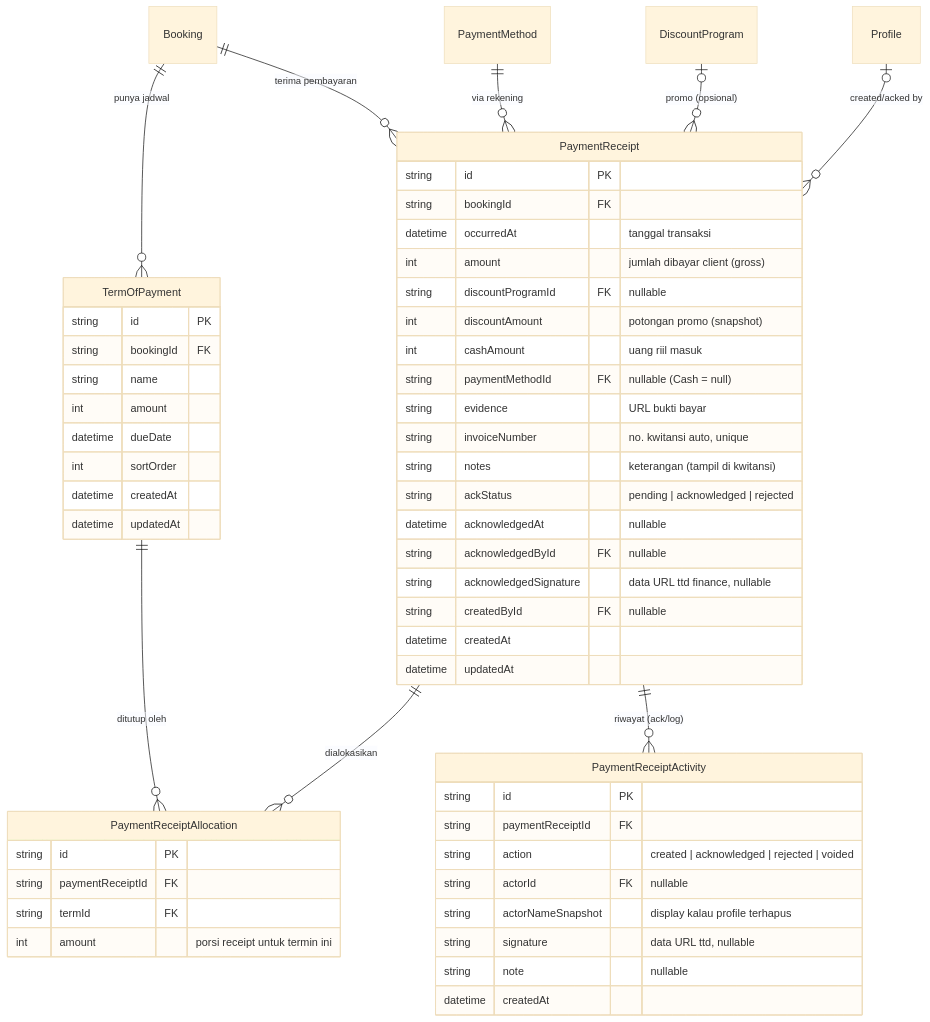
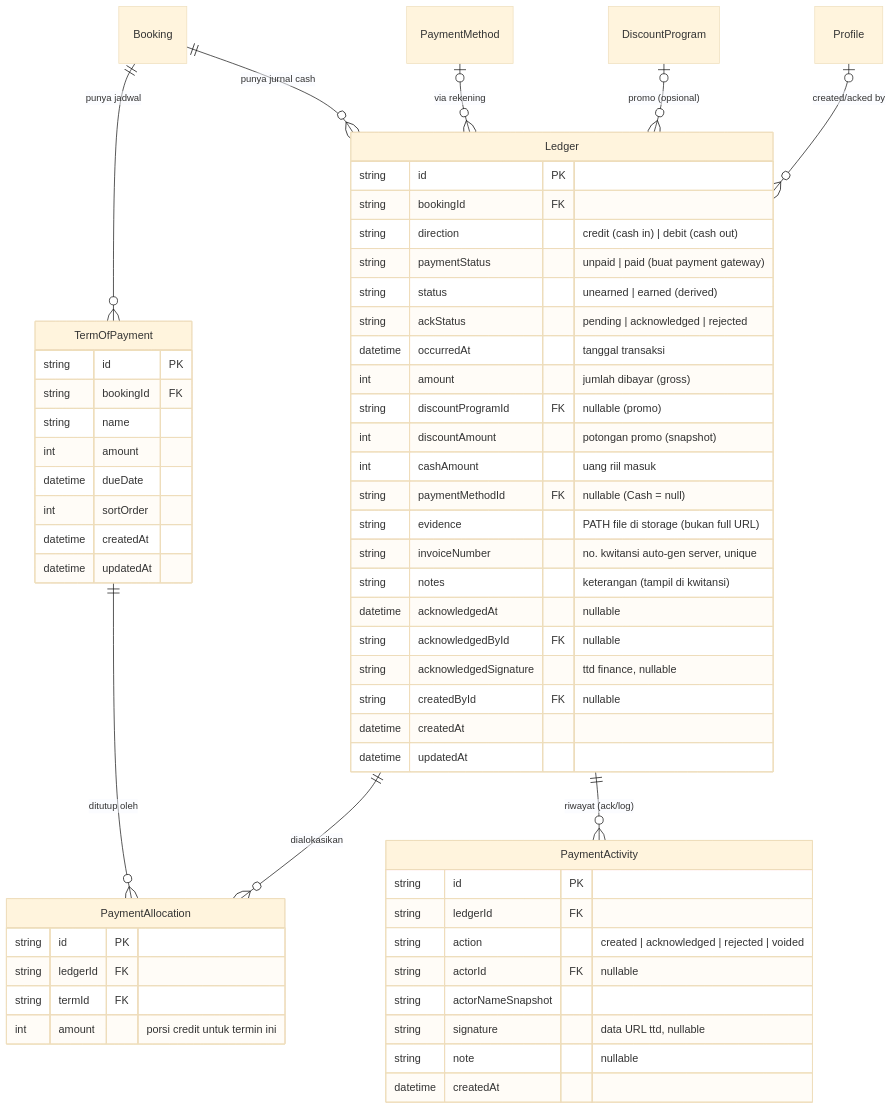
One commit to swasanaweddingpusat/swasana-project changed the diagram in docs/booking-top-payment-ledger-plan.md. Above: the diagram before and after it, drawn with Mermaid (base theme). The commit also changed other lines of this file, not shown here.

First line of the commit message:
docs(finance): drop entryType dari ERD Ledger (redundant vs direction)

````diff
--- a/docs/booking-top-payment-ledger-plan.md
+++ b/docs/booking-top-payment-ledger-plan.md
@@ -75,61 +114,64 @@
 ```mermaid
 erDiagram
-  Booking          ||--o{ TermOfPayment            : "punya jadwal"
-  Booking          ||--o{ PaymentReceipt           : "terima pembayaran"
-  PaymentReceipt   ||--o{ PaymentReceiptAllocation : "dialokasikan"
-  TermOfPayment    ||--o{ PaymentReceiptAllocation : "ditutup oleh"
-  PaymentReceipt   ||--o{ PaymentReceiptActivity   : "riwayat (ack/log)"
-  PaymentMethod    ||--o{ PaymentReceipt           : "via rekening"
-  DiscountProgram  |o--o{ PaymentReceipt           : "promo (opsional)"
-  Profile          |o--o{ PaymentReceipt           : "created/acked by"
+  Booking          ||--o{ TermOfPayment     : "punya jadwal"
+  Booking          ||--o{ Ledger            : "punya jurnal cash"
+  Ledger           ||--o{ PaymentAllocation : "dialokasikan"
+  TermOfPayment    ||--o{ PaymentAllocation : "ditutup oleh"
+  Ledger           ||--o{ PaymentActivity   : "riwayat (ack/log)"
+  PaymentMethod    |o--o{ Ledger            : "via rekening"
+  DiscountProgram  |o--o{ Ledger            : "promo (opsional)"
+  Profile          |o--o{ Ledger            : "created/acked by"
 
   TermOfPayment {
     string  id PK
     string  bookingId FK
     string  name
     int     amount
     datetime dueDate
     int     sortOrder
     datetime createdAt
     datetime updatedAt
   }
 
-  PaymentReceipt {
+  Ledger {
     string   id PK
     string   bookingId FK
+    string   direction "credit (cash in) | debit (cash out)"
+    string   paymentStatus "unpaid | paid (buat payment gateway)"
+    string   status "unearned | earned (derived)"
+    string   ackStatus "pending | acknowledged | rejected"
     datetime occurredAt "tanggal transaksi"
-    int      amount "jumlah dibayar client (gross)"
-    string   discountProgramId FK "nullable"
+    int      amount "jumlah dibayar (gross)"
+    string   discountProgramId FK "nullable (promo)"
     int      discountAmount "potongan promo (snapshot)"
     int      cashAmount "uang riil masuk"
     string   paymentMethodId FK "nullable (Cash = null)"
-    string   evidence "URL bukti bayar"
-    string   invoiceNumber "no. kwitansi auto, unique"
+    string   evidence "PATH file di storage (bukan full URL)"
+    string   invoiceNumber "no. kwitansi auto-gen server, unique"
     string   notes "keterangan (tampil di kwitansi)"
-    string   ackStatus "pending | acknowledged | rejected"
     datetime acknowledgedAt "nullable"
     string   acknowledgedById FK "nullable"
-    string   acknowledgedSignature "data URL ttd finance, nullable"
+    string   acknowledgedSignature "ttd finance, nullable"
     string   createdById FK "nullable"
     datetime createdAt
     datetime updatedAt
   }
 
-  PaymentReceiptAllocation {
+  PaymentAllocation {
     string id PK
-    string paymentReceiptId FK
+    string ledgerId FK
     string termId FK
-    int    amount "porsi receipt untuk termin ini"
+    int    amount "porsi credit untuk termin ini"
   }
 
-  PaymentReceiptActivity {
+  PaymentActivity {
     string   id PK
-    string   paymentReceiptId FK
+    string   ledgerId FK
     string   action "created | acknowledged | rejected | voided"
     string   actorId FK "nullable"
-    string   actorNameSnapshot "display kalau profile terhapus"
+    string   actorNameSnapshot
     string   signature "data URL ttd, nullable"
     string   note "nullable"
     datetime createdAt
   }
 ```
````
